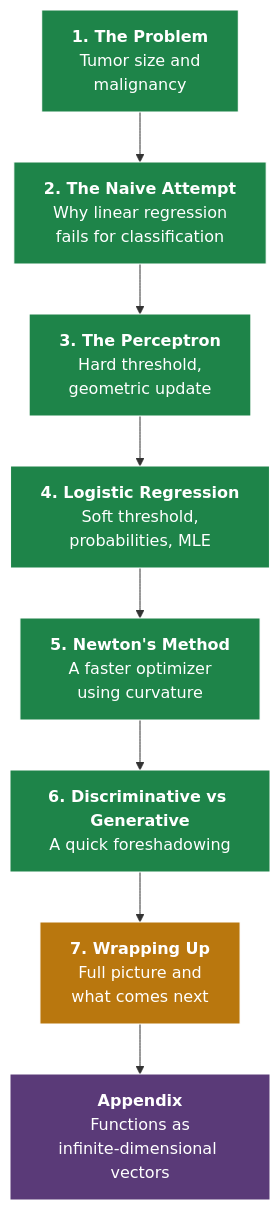
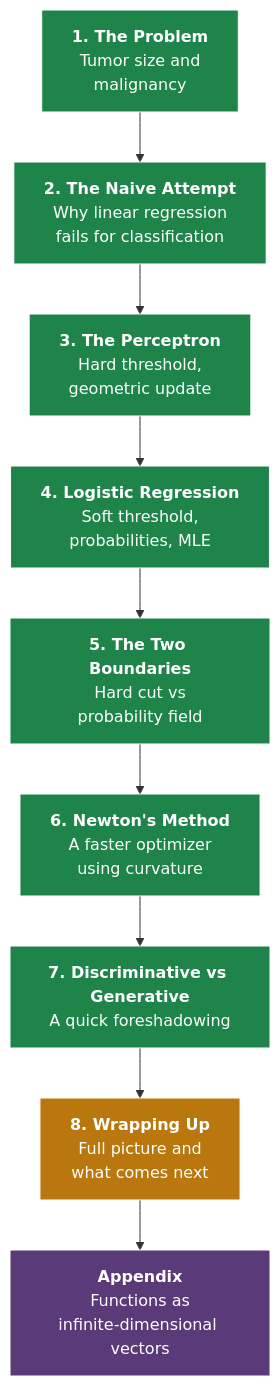
One commit to SushrutGaikwad/SushrutGaikwad.github.io changed the fifth of 5 diagrams in blog/published/classification-perceptron-logistic-regression/index.qmd. Above: the diagram before and after it, drawn with Mermaid. The commit also changed other lines of this file and 19 other files, not shown here.

````diff
--- a/blog/published/classification-perceptron-logistic-regression/index.qmd
+++ b/blog/published/classification-perceptron-logistic-regression/index.qmd
@@ -604,22 +685,24 @@
 ```{mermaid}
 %%| fig-align: center
 flowchart TB
     A["<b>1. The Problem</b><br/>Tumor size and<br/>malignancy"]
     B["<b>2. The Naive Attempt</b><br/>Why linear regression<br/>fails for classification"]
     C["<b>3. The Perceptron</b><br/>Hard threshold,<br/>geometric update"]
     D["<b>4. Logistic Regression</b><br/>Soft threshold,<br/>probabilities, MLE"]
-    E["<b>5. Newton's Method</b><br/>A faster optimizer<br/>using curvature"]
-    F["<b>6. Discriminative vs Generative</b><br/>A quick foreshadowing"]
-    G["<b>7. Wrapping Up</b><br/>Full picture and<br/>what comes next"]
-    H["<b>Appendix</b><br/>Functions as<br/>infinite-dimensional vectors"]
-    A --> B --> C --> D --> E --> F --> G --> H
+    E["<b>5. The Two Boundaries</b><br/>Hard cut vs<br/>probability field"]
+    F["<b>6. Newton's Method</b><br/>A faster optimizer<br/>using curvature"]
+    G["<b>7. Discriminative vs Generative</b><br/>A quick foreshadowing"]
+    H["<b>8. Wrapping Up</b><br/>Full picture and<br/>what comes next"]
+    I["<b>Appendix</b><br/>Functions as<br/>infinite-dimensional vectors"]
+    A --> B --> C --> D --> E --> F --> G --> H --> I
 
     style A fill:#1e8449,color:#fff,stroke:#fff
     style B fill:#1e8449,color:#fff,stroke:#fff
     style C fill:#1e8449,color:#fff,stroke:#fff
     style D fill:#1e8449,color:#fff,stroke:#fff
     style E fill:#1e8449,color:#fff,stroke:#fff
     style F fill:#1e8449,color:#fff,stroke:#fff
-    style G fill:#b9770e,color:#fff,stroke:#fff
-    style H fill:#5a3a78,color:#fff,stroke:#fff
+    style G fill:#1e8449,color:#fff,stroke:#fff
+    style H fill:#b9770e,color:#fff,stroke:#fff
+    style I fill:#5a3a78,color:#fff,stroke:#fff
 ```
````
